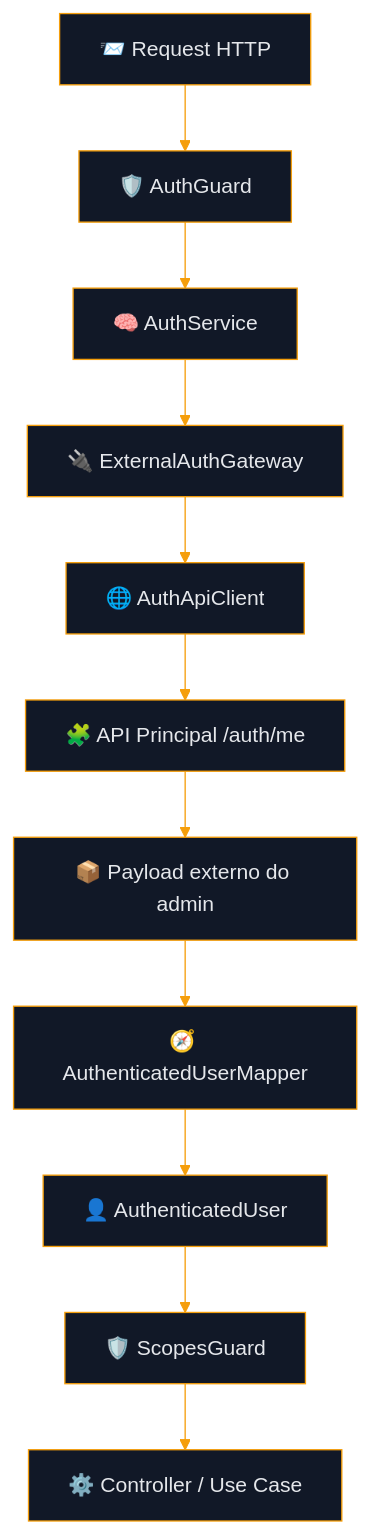
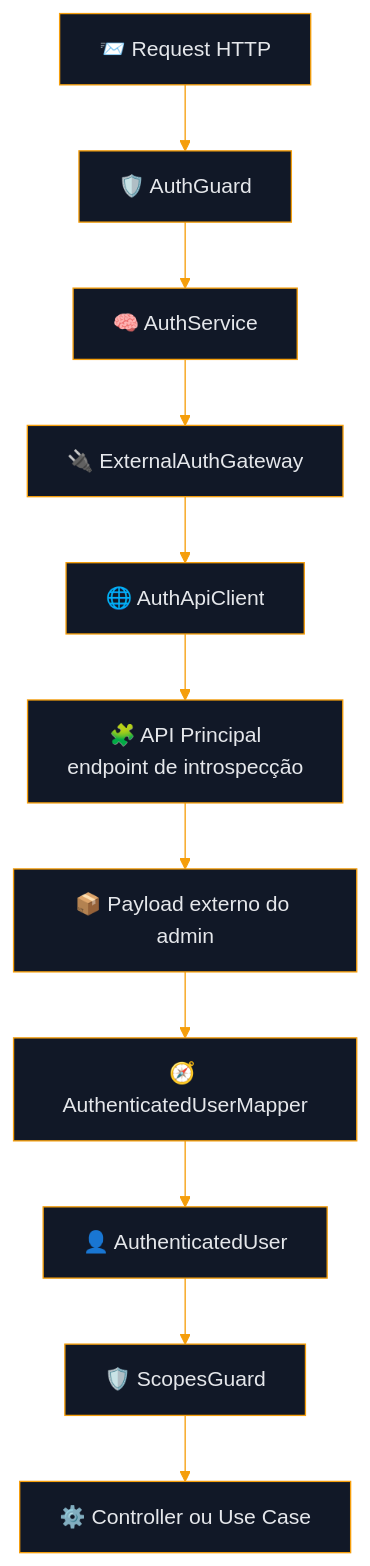
One commit to matheusdiamantino-betalent/IA changed the fifth of 6 diagrams in RFC-0001-Auth.md. Above: the diagram before and after it, drawn with Mermaid. The commit also changed other lines of this file, not shown here.

````diff
--- a/RFC-0001-Auth.md
+++ b/RFC-0001-Auth.md
@@ -621,28 +647,28 @@
 ```mermaid
 %%{init: {
   "theme": "base",
   "themeVariables": {
     "background": "#0b1020",
     "primaryColor": "#111827",
     "primaryTextColor": "#e5e7eb",
     "primaryBorderColor": "#f59e0b",
     "lineColor": "#f59e0b",
     "secondaryColor": "#172033",
     "secondaryTextColor": "#e2e8f0",
     "tertiaryColor": "#0f172a",
     "tertiaryTextColor": "#f8fafc",
     "fontFamily": "Inter, ui-sans-serif, system-ui, sans-serif"
   }
 }}%%
 flowchart TD
     A[📨 Request HTTP] --> B[🛡️ AuthGuard]
     B --> C[🧠 AuthService]
     C --> D[🔌 ExternalAuthGateway]
     D --> E[🌐 AuthApiClient]
-    E --> F[🧩 API Principal /auth/me]
+    E --> F[🧩 API Principal<br/>endpoint de introspecção]
     F --> G[📦 Payload externo do admin]
     G --> H[🧭 AuthenticatedUserMapper]
     H --> I[👤 AuthenticatedUser]
     I --> J[🛡️ ScopesGuard]
-    J --> K[⚙️ Controller / Use Case]
+    J --> K[⚙️ Controller ou Use Case]
 ```
````
